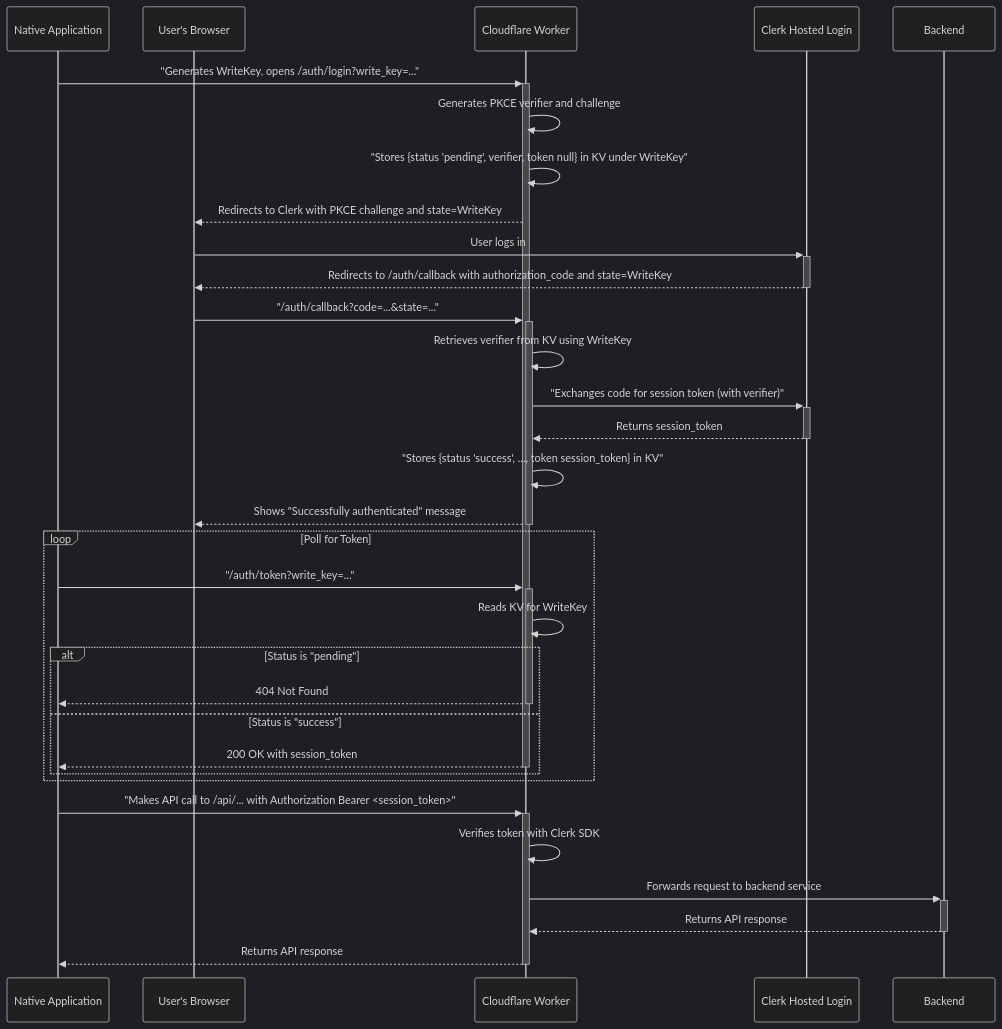
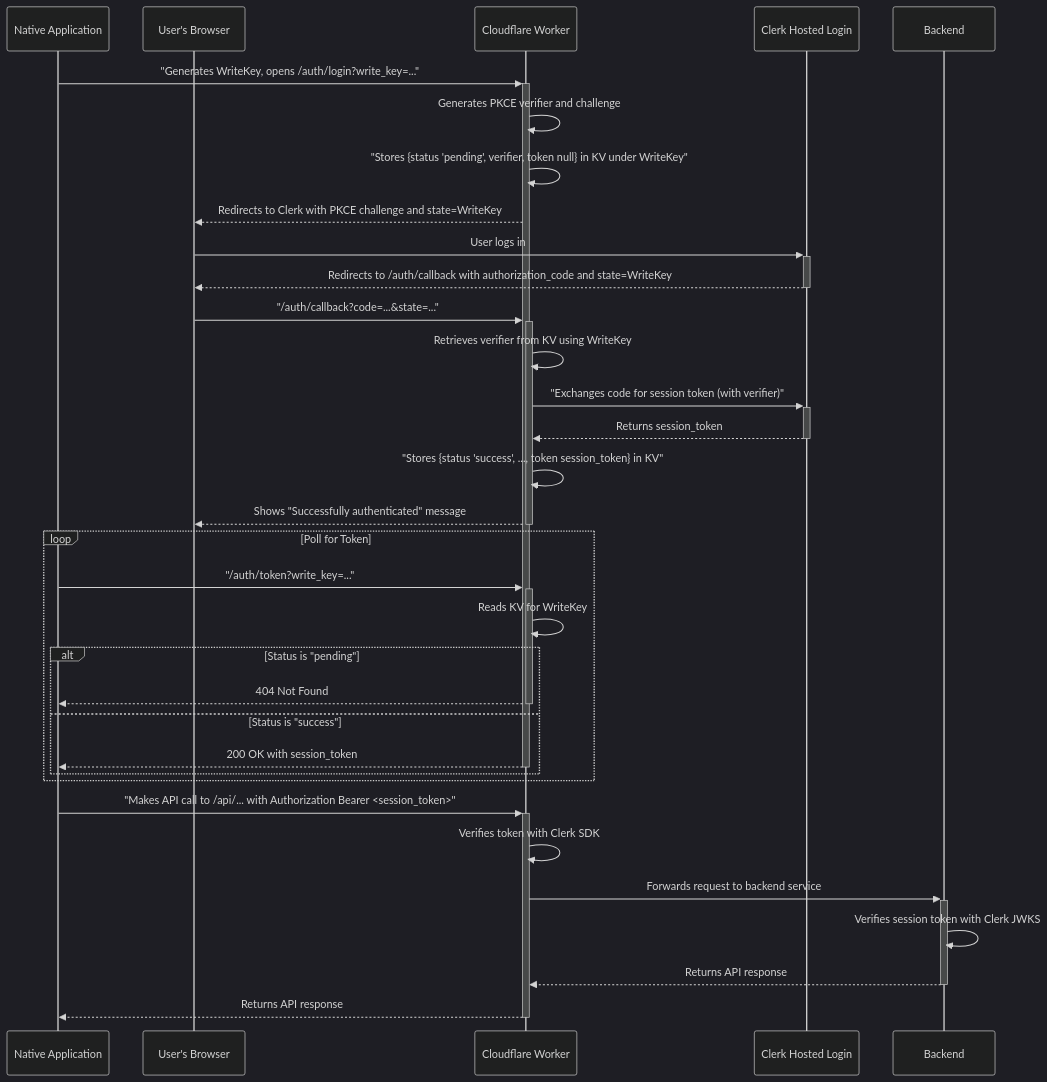
One commit to lovebaihezi/collects changed the diagram in app/how-auth-worked.md. Above: the diagram before and after it, drawn with Mermaid (dark theme). The commit also changed other lines of this file and 8 other files, not shown here.

First line of the commit message:
feat: Implement native auth flow with backend token verification

````diff
--- a/app/how-auth-worked.md
+++ b/app/how-auth-worked.md
@@ -13,34 +13,35 @@
 ```mermaid
 sequenceDiagram
     participant NativeApp as Native Application
     participant Browser as User's Browser
     participant Worker as Cloudflare Worker
     participant Clerk as Clerk Hosted Login
 
     NativeApp->>+Worker: "Generates WriteKey, opens /auth/login?write_key=..."
     Worker->>Worker: Generates PKCE verifier and challenge
     Worker->>Worker: "Stores {status 'pending', verifier, token null} in KV under WriteKey"
     Worker-->>Browser: Redirects to Clerk with PKCE challenge and state=WriteKey
     Browser->>+Clerk: User logs in
     Clerk-->>-Browser: Redirects to /auth/callback with authorization_code and state=WriteKey
     Browser->>+Worker: "/auth/callback?code=...&state=..."
     Worker->>Worker: Retrieves verifier from KV using WriteKey
     Worker->>+Clerk: "Exchanges code for session token (with verifier)"
     Clerk-->>-Worker: Returns session_token
     Worker->>Worker: "Stores {status 'success', ..., token session_token} in KV"
     Worker-->>-Browser: Shows "Successfully authenticated" message
     loop Poll for Token
         NativeApp->>+Worker: "/auth/token?write_key=..."
         Worker->>Worker: Reads KV for WriteKey
         alt Status is "pending"
             Worker-->>-NativeApp: 404 Not Found
         else Status is "success"
             Worker-->>-NativeApp: 200 OK with session_token
         end
     end
     NativeApp->>+Worker: "Makes API call to /api/... with Authorization Bearer <session_token>"
     Worker->>Worker: Verifies token with Clerk SDK
     Worker->>+Backend: Forwards request to backend service
+    Backend->>Backend: Verifies session token with Clerk JWKS
     Backend-->>-Worker: Returns API response
     Worker-->>-NativeApp: Returns API response
 ```
````
